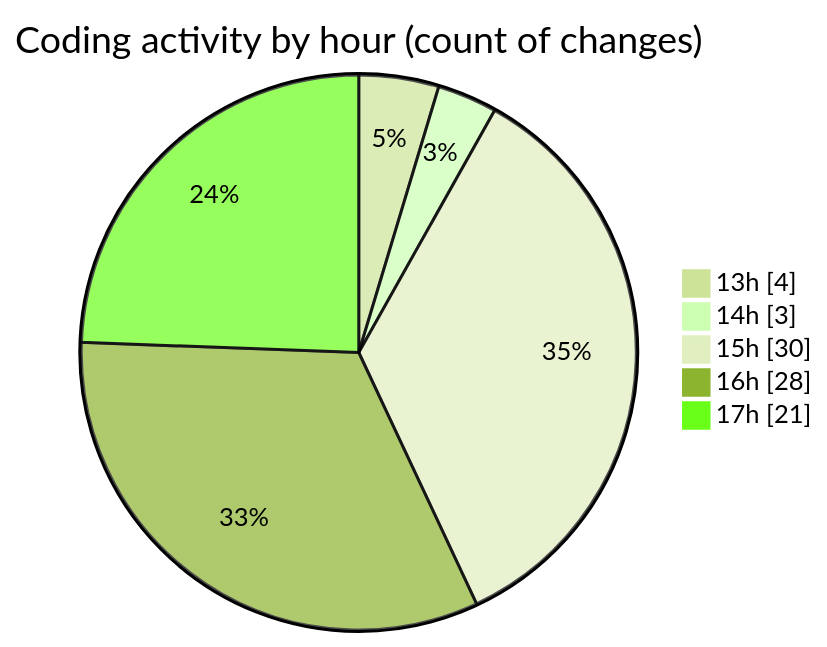
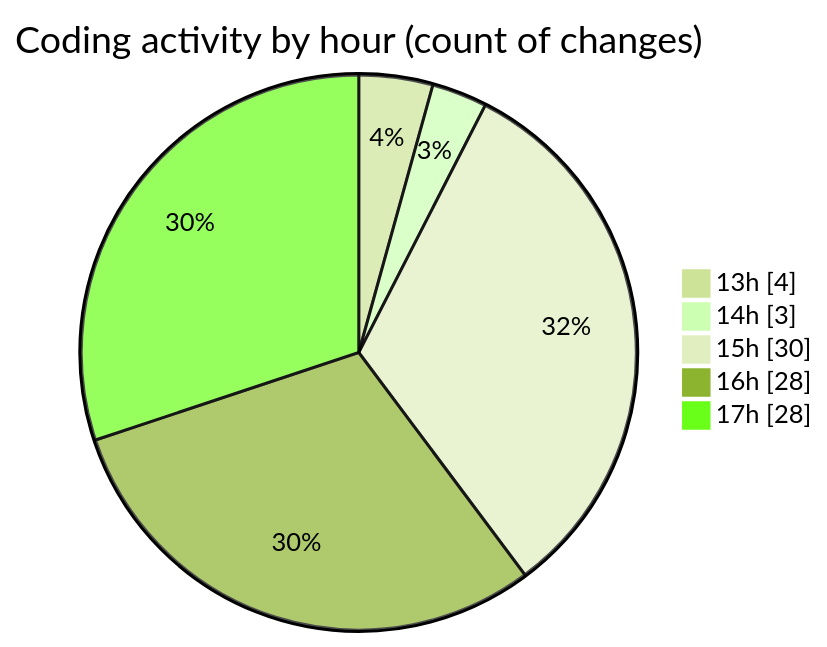
The second of 2 diagrams in 2025-08-11/ribbon/README.md (EIIisD/code-tracking), drawn with Mermaid (forest theme) before and after one commit. The commit also changed other lines of this file and 1 other file, not shown here.

````diff
--- a/2025-08-11/ribbon/README.md
+++ b/2025-08-11/ribbon/README.md
@@ -51,9 +52,9 @@
 ```mermaid
 pie showData
 title Coding activity by hour (count of changes)
 "13h" : 4
 "14h" : 3
 "15h" : 30
 "16h" : 28
-"17h" : 21
+"17h" : 28
 ```
````
